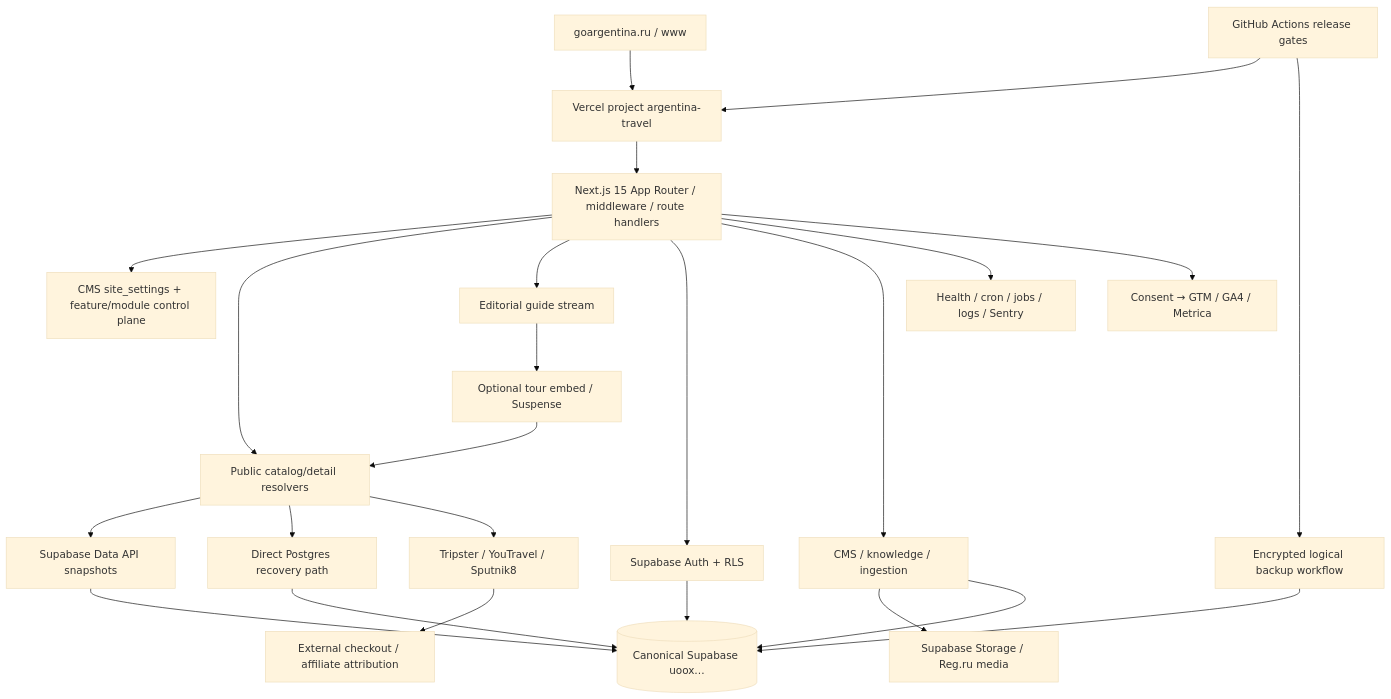
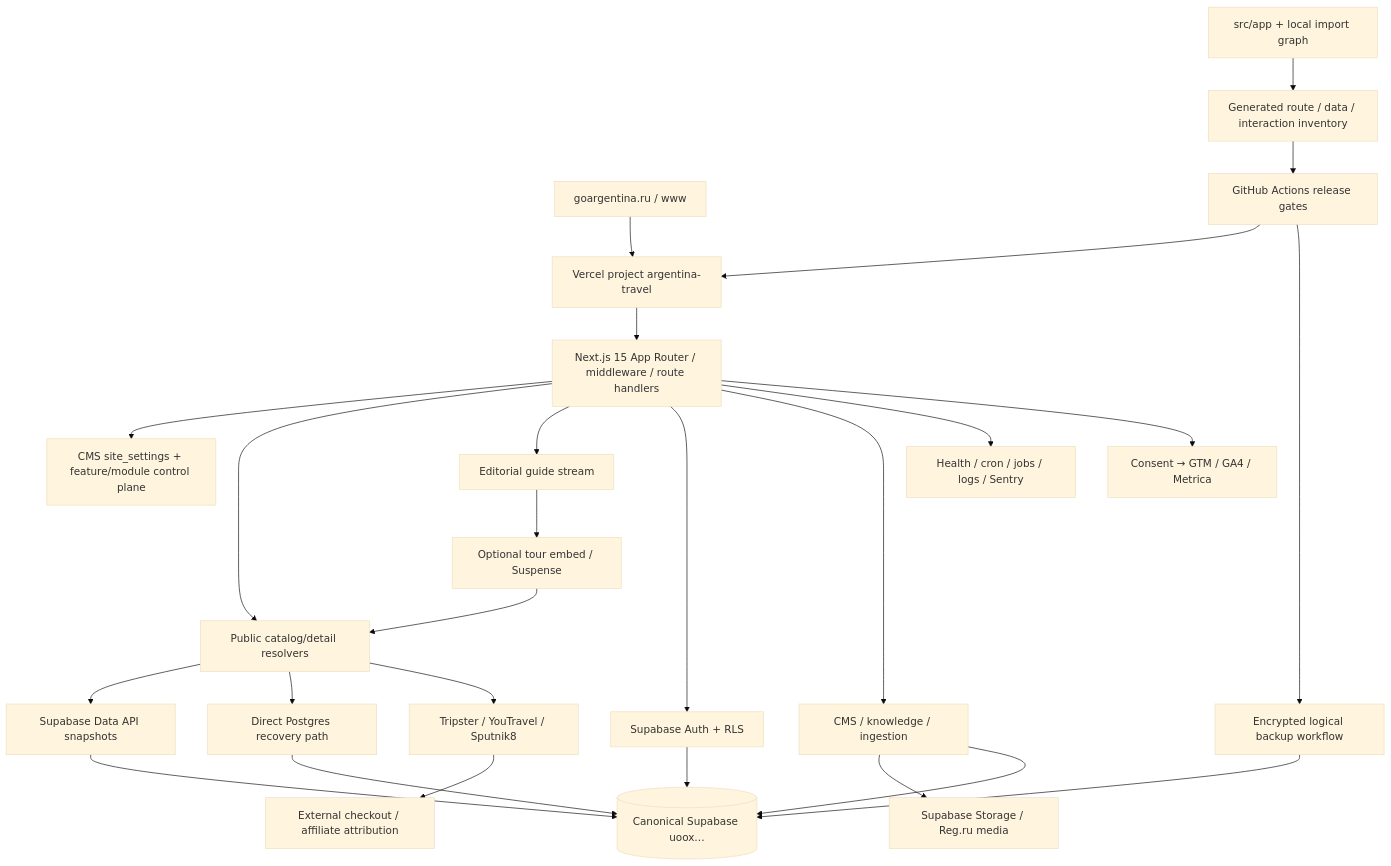
Before and after one commit to Evdokimychev/argentina-travel: the diagram in docs/project-governance/DEPENDENCY_GRAPH.md, drawn with Mermaid (base theme). The commit also changed other lines of this file and 6 other files, not shown here.

````diff
--- a/docs/project-governance/DEPENDENCY_GRAPH.md
+++ b/docs/project-governance/DEPENDENCY_GRAPH.md
@@ -5,26 +5,28 @@
 ```mermaid
 flowchart TD
   DNS["goargentina.ru / www"] --> Vercel["Vercel project argentina-travel"]
   Vercel --> Next["Next.js 15 App Router / middleware / route handlers"]
   Next --> Control["CMS site_settings + feature/module control plane"]
   Next --> Resolver["Public catalog/detail resolvers"]
   Next --> Guide["Editorial guide stream"]
   Guide --> Optional["Optional tour embed / Suspense"]
   Optional --> Resolver
   Next --> Auth["Supabase Auth + RLS"]
   Next --> CMS["CMS / knowledge / ingestion"]
   Resolver --> Rest["Supabase Data API snapshots"]
   Resolver --> PG["Direct Postgres recovery path"]
   Resolver --> Partners["Tripster / YouTravel / Sputnik8"]
   Partners --> Affiliate["External checkout / affiliate attribution"]
   CMS --> Storage["Supabase Storage / Reg.ru media"]
   Next --> Ops["Health / cron / jobs / logs / Sentry"]
   Next --> Analytics["Consent → GTM / GA4 / Metrica"]
   GitHub["GitHub Actions release gates"] --> Vercel
+  Source["src/app + local import graph"] --> Inventory["Generated route / data / interaction inventory"]
+  Inventory --> GitHub
   GitHub --> Backup["Encrypted logical backup workflow"]
   Backup --> Supabase[("Canonical Supabase uoox…")]
   Rest --> Supabase
   PG --> Supabase
   Auth --> Supabase
   CMS --> Supabase
 ```
````
